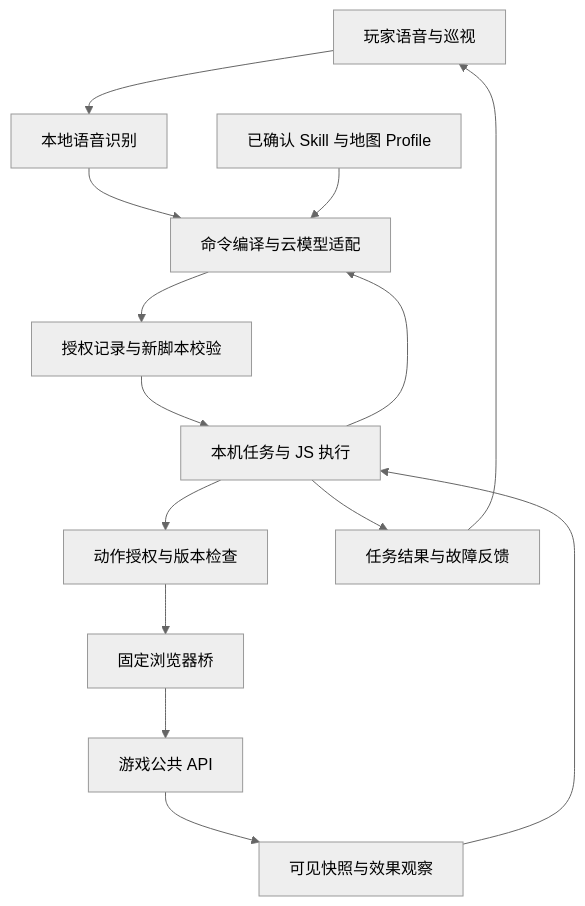
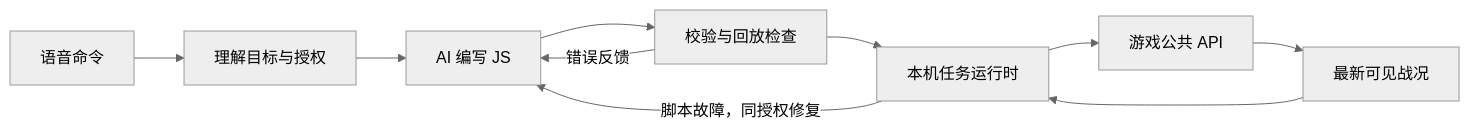
One commit to nanwangjkl/ra2commander changed the diagram in doc/architecture/overview.md. Above: the diagram before and after it, drawn with Mermaid (neutral theme). The commit also changed other lines of this file and 1 other file, not shown here.

````diff
--- a/doc/architecture/overview.md
+++ b/doc/architecture/overview.md
@@ -34,16 +62,12 @@
 ```mermaid
-flowchart TD
-    U[玩家语音与巡视] --> STT[本地语音识别]
-    STT --> C[命令编译与云模型适配]
-    K[已确认 Skill 与地图 Profile] --> C
-    C --> V[授权记录与新脚本校验]
-    V --> R[本机任务与 JS 执行]
-    R --> A[动作授权与版本检查]
-    A --> B[固定浏览器桥]
-    B --> G[游戏公共 API]
-    G --> S[可见快照与效果观察]
-    S --> R
-    R --> F[任务结果与故障反馈]
-    F --> U
-    R --> C
+flowchart LR
+    A[语音命令] --> B[理解目标与授权]
+    B --> C[AI 编写 JS]
+    C --> D[校验与回放检查]
+    D --> E[本机任务运行时]
+    E --> F[游戏公共 API]
+    F --> G[最新可见战况]
+    G --> E
+    D -->|错误反馈| C
+    E -->|脚本故障，同授权修复| C
 ```
````
